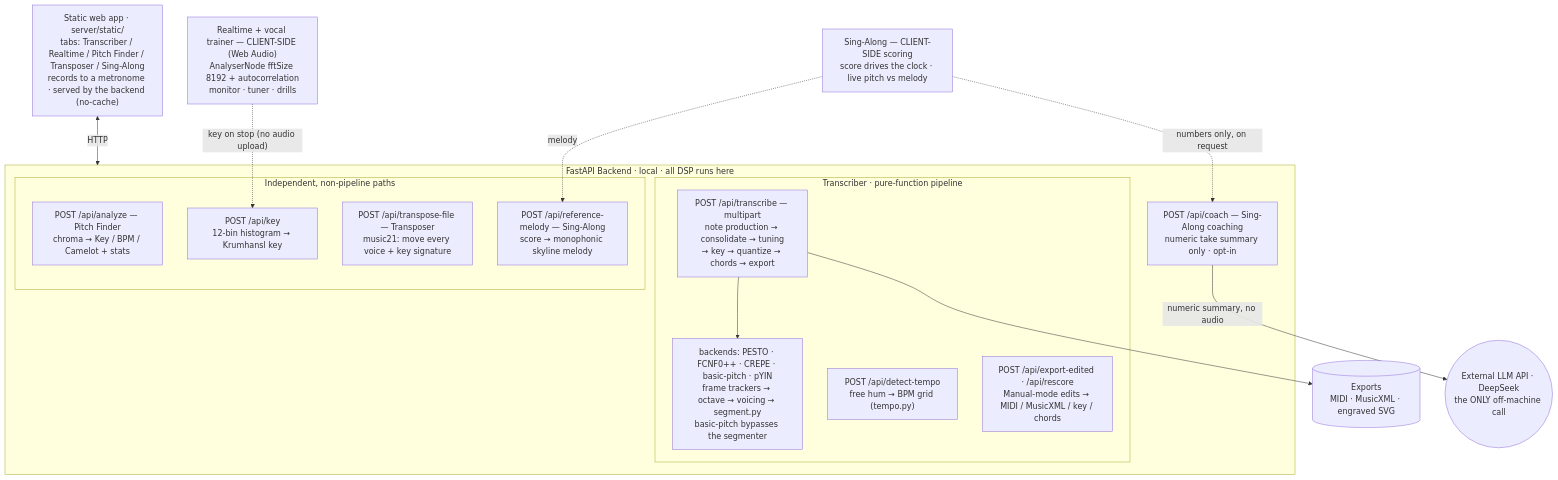
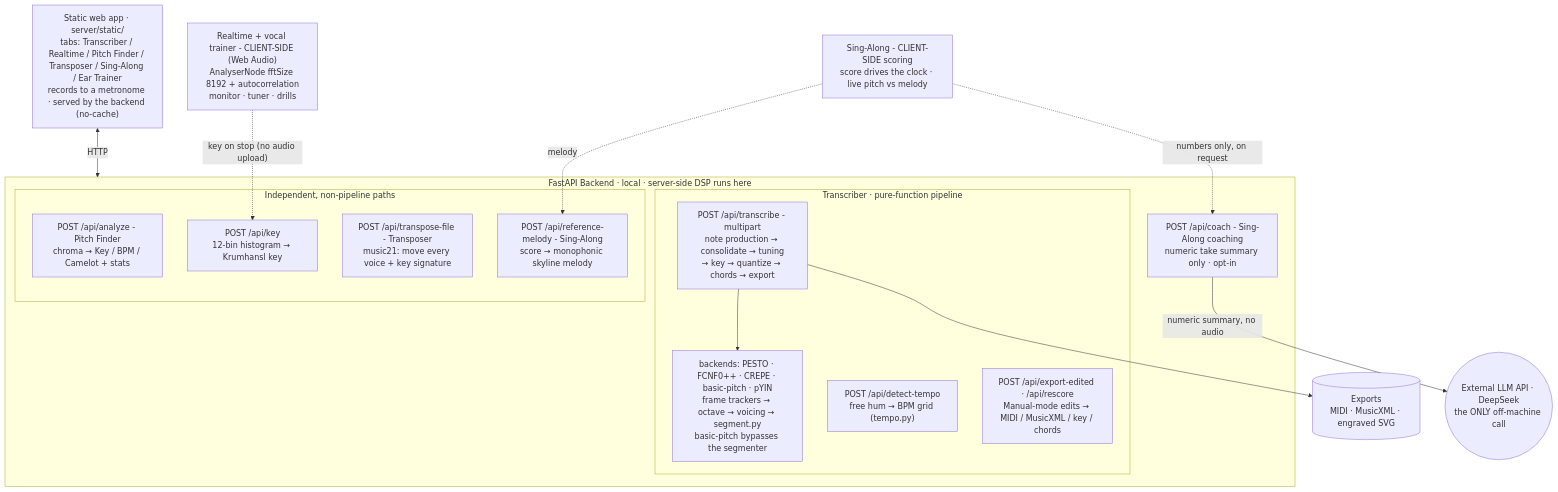
The diagram in README.md (dxpawn/HumJob), drawn with Mermaid before and after one commit. The commit also changed other lines of this file and 7 other files, not shown here.

````diff
--- a/README.md
+++ b/README.md
@@ -107,33 +117,33 @@
 ```mermaid
 flowchart TB
-    FE["Static web app · server/static/<br/>tabs: Transcriber / Realtime / Pitch Finder / Transposer / Sing-Along<br/>records to a metronome · served by the backend (no-cache)"]
+    FE["Static web app · server/static/<br/>tabs: Transcriber / Realtime / Pitch Finder / Transposer / Sing-Along / Ear Trainer<br/>records to a metronome · served by the backend (no-cache)"]
 
-    subgraph BE ["FastAPI Backend · local · all DSP runs here"]
+    subgraph BE ["FastAPI Backend · local · server-side DSP runs here"]
         subgraph PIPE ["Transcriber · pure-function pipeline"]
-            TR["POST /api/transcribe — multipart<br/>note production → consolidate → tuning<br/>→ key → quantize → chords → export"]
+            TR["POST /api/transcribe - multipart<br/>note production → consolidate → tuning<br/>→ key → quantize → chords → export"]
             NB["backends: PESTO · FCNF0++ · CREPE · basic-pitch · pYIN<br/>frame trackers → octave → voicing → segment.py<br/>basic-pitch bypasses the segmenter"]
             TEMPO["POST /api/detect-tempo<br/>free hum → BPM grid (tempo.py)"]
             ED["POST /api/export-edited · /api/rescore<br/>Manual-mode edits → MIDI / MusicXML / key / chords"]
         end
         subgraph SEP ["Independent, non-pipeline paths"]
-            AN["POST /api/analyze — Pitch Finder<br/>chroma → Key / BPM / Camelot + stats"]
+            AN["POST /api/analyze - Pitch Finder<br/>chroma → Key / BPM / Camelot + stats"]
             KEY["POST /api/key<br/>12-bin histogram → Krumhansl key"]
-            TRANSP["POST /api/transpose-file — Transposer<br/>music21: move every voice + key signature"]
-            REFM["POST /api/reference-melody — Sing-Along<br/>score → monophonic skyline melody"]
+            TRANSP["POST /api/transpose-file - Transposer<br/>music21: move every voice + key signature"]
+            REFM["POST /api/reference-melody - Sing-Along<br/>score → monophonic skyline melody"]
         end
-        COACH["POST /api/coach — Sing-Along coaching<br/>numeric take summary only · opt-in"]
+        COACH["POST /api/coach - Sing-Along coaching<br/>numeric take summary only · opt-in"]
     end
 
-    RT["Realtime + vocal trainer — CLIENT-SIDE (Web Audio)<br/>AnalyserNode fftSize 8192 + autocorrelation<br/>monitor · tuner · drills"]
-    SA["Sing-Along — CLIENT-SIDE scoring<br/>score drives the clock · live pitch vs melody"]
+    RT["Realtime + vocal trainer - CLIENT-SIDE (Web Audio)<br/>AnalyserNode fftSize 8192 + autocorrelation<br/>monitor · tuner · drills"]
+    SA["Sing-Along - CLIENT-SIDE scoring<br/>score drives the clock · live pitch vs melody"]
     LLM(("External LLM API · DeepSeek<br/>the ONLY off-machine call"))
     OUT[("Exports<br/>MIDI · MusicXML · engraved SVG")]
 
     FE <-->|HTTP| BE
     TR --> NB
     TR --> OUT
     RT -. "key on stop (no audio upload)" .-> KEY
     SA -. "melody" .-> REFM
     SA -. "numbers only, on request" .-> COACH
     COACH -->|numeric summary, no audio| LLM
 ```
````
